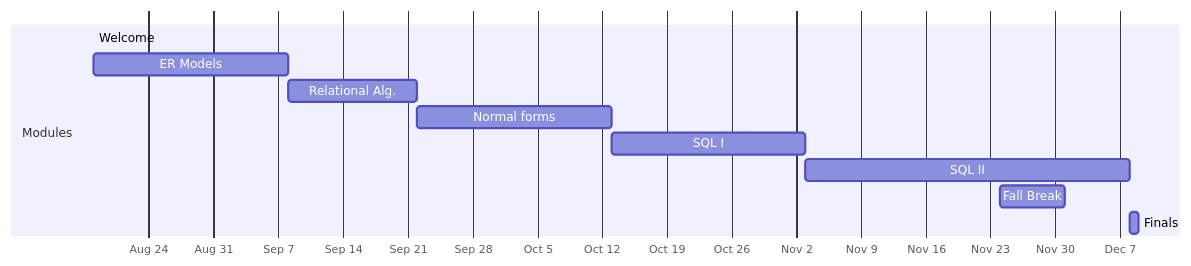
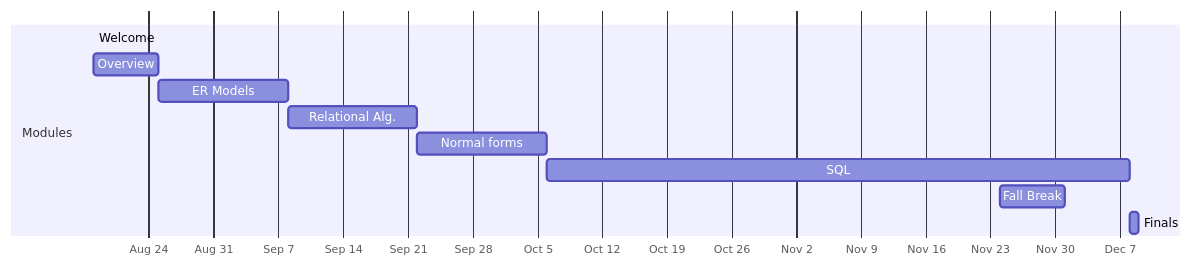
Before and after one commit to lowkeylabs/cmsc408-course-admin: the diagram in fa2025/gantts/modules-gantt.mmd, drawn with Mermaid. The commit also changed 11 other files, not shown here.

Commit message:
adjusted gantts

```diff
--- a/fa2025/gantts/modules-gantt.mmd
+++ b/fa2025/gantts/modules-gantt.mmd
@@ -1,14 +1,14 @@
 gantt
     dateFormat YYYY-MM-DD
     axisFormat %b %e
     todayMarker stroke-width:7px,stroke:#FFB300,opacity:0.5
 
     section Modules
     Welcome : m0, 2025-08-18, 2025-08-18
-    ER Models : m1, 2025-08-18, 2025-09-08
-    Relational Alg. : m2, 2025-09-08, 2025-09-22
-    Normal forms : m3, 2025-09-22, 2025-10-13
-    SQL I : m4, 2025-10-13, 2025-11-03
-    SQL II : m5, 2025-11-03, 2025-12-08
+    Overview : m1, 2025-08-18, 2025-08-25
+    ER Models : m2, 2025-08-25, 2025-09-08
+    Relational Alg. : m3, 2025-09-08, 2025-09-22
+    Normal forms : m4, 2025-09-22, 2025-10-06
+    SQL : m5, 2025-10-06, 2025-12-08
     Fall Break : m6, 2025-11-24, 2025-12-01
     Finals : m7, 2025-12-08, 2025-12-09
```
